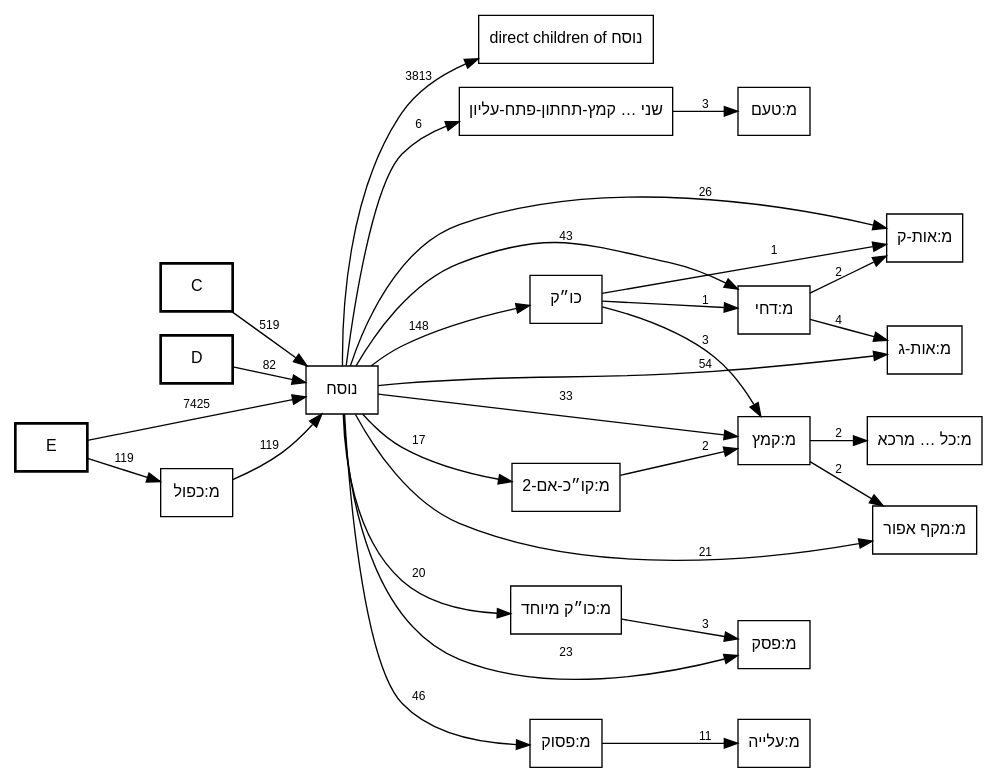
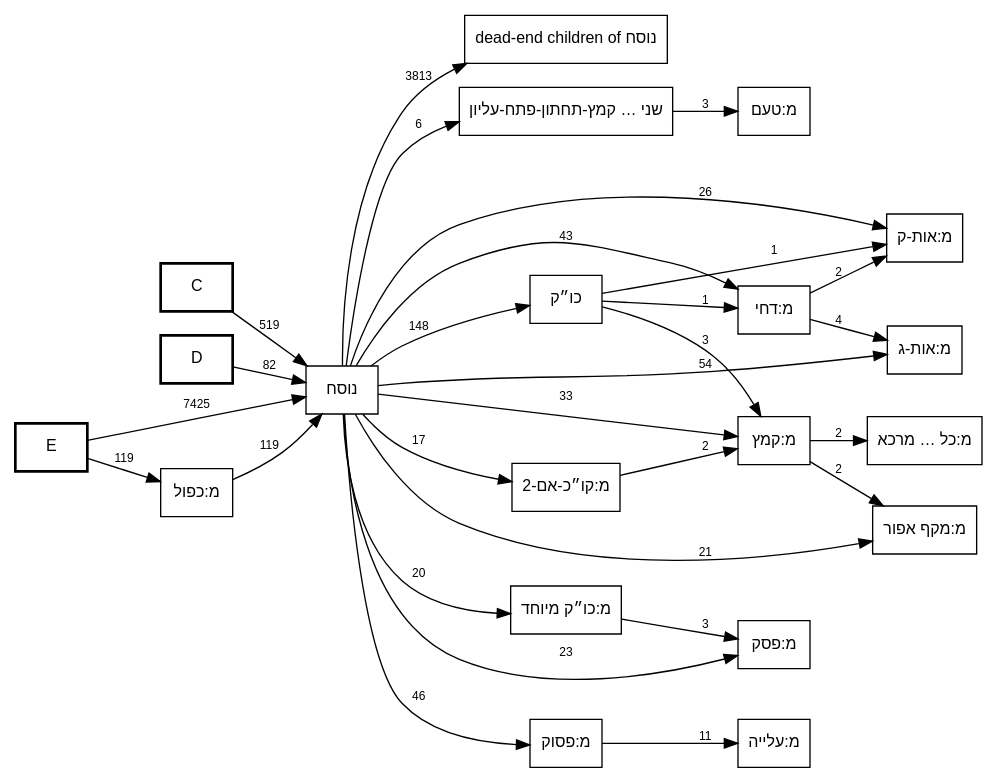
Before and after one commit to bdenckla/MAM-basics: the diagram in out/MAM-tmpl-survey/plain-nusach-call-graph.dot, drawn with Graphviz. The commit also changed 3 other files, not shown here.

First line of the commit message:
Refine focused nusach collapse labels to avoid false "direct children" groups

```diff
--- a/out/MAM-tmpl-survey/plain-nusach-call-graph.dot
+++ b/out/MAM-tmpl-survey/plain-nusach-call-graph.dot
@@ -1,76 +1,76 @@
 // This file was generated by MAM-basics/py/main_tmpl_survey.py.
 // Do not edit by hand.
 digraph template_call_graph {
     rankdir=LR;
     node [fontname="SBL Hebrew,Helvetica", fontsize=12];
     edge [fontname="Helvetica", fontsize=9];
     graph [comment="This file was generated by MAM-basics/py/main_tmpl_survey.py."];
 
     // Column nodes
     node [shape=box, style=bold];
     "C";
     "D";
     "E";
 
     // Template nodes
     node [shape=box, style=""];
-    "direct children of נוסח" [tooltip="גלגל-2
+    "dead-end children of נוסח" [tooltip="גלגל-2
 כתיב ולא קרי
 מ:אות מנוקדת
 מ:אין פרשה בתחילת פרק
 מ:אין פרשה בתחילת פרק בספרי אמ״ת
 מ:גרש ותלישא גדולה
 מ:גרשיים ותלישא גדולה
 מ:טעם ומתג באות אחת
 מ:ירושלם
 מ:לגרמיה-2
 מ:נו״ן הפוכה
 מ:סיום בטוב
 מ:צינור
 מ:קישור בהערה
 מ:קישור פנימי בהערה
 מודגש
 סס
 ססס
 פפ
 פפפ
 קו״כ
 קרי ולא כתיב
 ר0
 ר1
 ר3
 ר4
 ש"];
     "מ:כל קמץ קטן מרכא" [label="מ:כל … מרכא", tooltip="מ:כל קמץ קטן מרכא"];
     "שני טעמים באות אחת קמץ-תחתון-פתח-עליון" [label="שני … קמץ-תחתון-פתח-עליון", tooltip="שני טעמים באות אחת קמץ-תחתון-פתח-עליון"];
 
     // Edges
     "C" -> "נוסח" [label="519"];
     "D" -> "נוסח" [label="82"];
     "E" -> "מ:כפול" [label="119"];
     "E" -> "נוסח" [label="7425"];
     "כו״ק" -> "מ:אות-ק" [label="1"];
     "כו״ק" -> "מ:דחי" [label="1"];
     "כו״ק" -> "מ:קמץ" [label="3"];
     "מ:דחי" -> "מ:אות-ג" [label="4"];
     "מ:דחי" -> "מ:אות-ק" [label="2"];
     "מ:כו״ק מיוחד" -> "מ:פסק" [label="3"];
     "מ:כפול" -> "נוסח" [label="119"];
     "מ:פסוק" -> "מ:עלייה" [label="11"];
     "מ:קו״כ-אם-2" -> "מ:קמץ" [label="2"];
     "מ:קמץ" -> "מ:כל קמץ קטן מרכא" [label="2"];
     "מ:קמץ" -> "מ:מקף אפור" [label="2"];
-    "נוסח" -> "direct children of נוסח" [label="3813"];
+    "נוסח" -> "dead-end children of נוסח" [label="3813"];
     "נוסח" -> "כו״ק" [label="148"];
     "נוסח" -> "מ:אות-ג" [label="54"];
     "נוסח" -> "מ:אות-ק" [label="26"];
     "נוסח" -> "מ:דחי" [label="43"];
     "נוסח" -> "מ:כו״ק מיוחד" [label="20"];
     "נוסח" -> "מ:מקף אפור" [label="21"];
     "נוסח" -> "מ:פסוק" [label="46"];
     "נוסח" -> "מ:פסק" [label="23"];
     "נוסח" -> "מ:קו״כ-אם-2" [label="17"];
     "נוסח" -> "מ:קמץ" [label="33"];
     "נוסח" -> "שני טעמים באות אחת קמץ-תחתון-פתח-עליון" [label="6"];
     "שני טעמים באות אחת קמץ-תחתון-פתח-עליון" -> "מ:טעם" [label="3"];
 }
```
